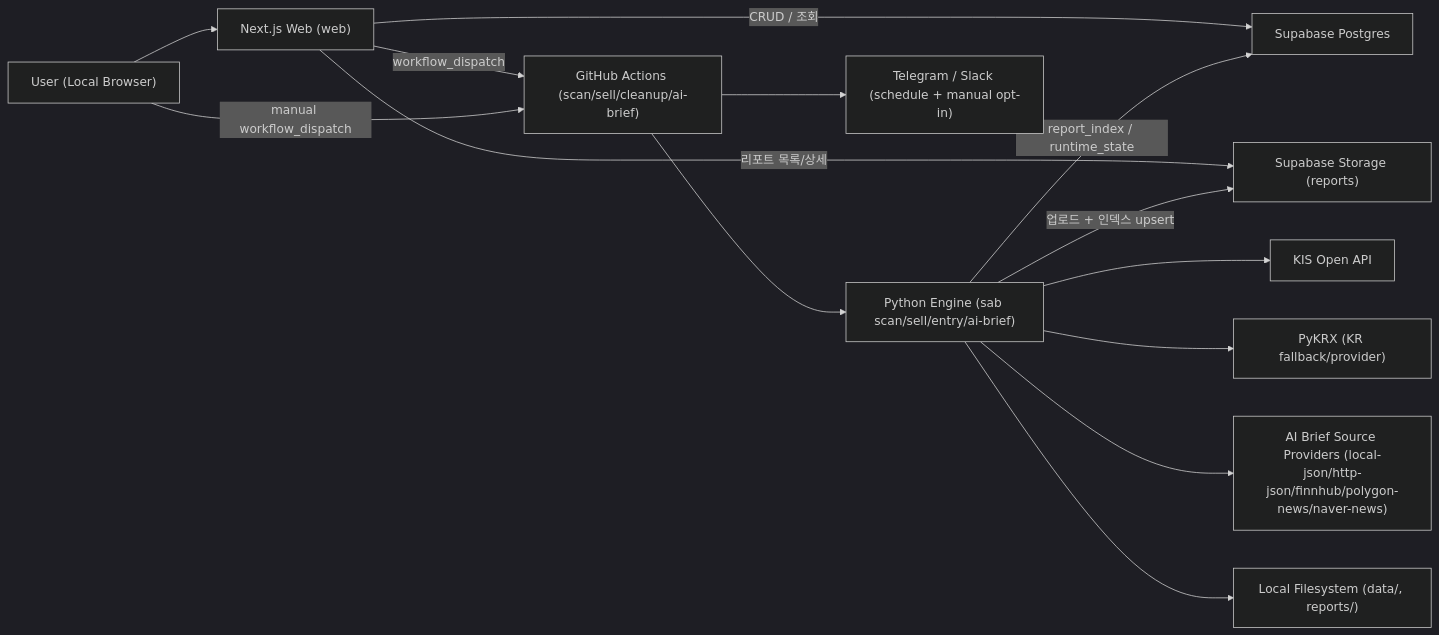
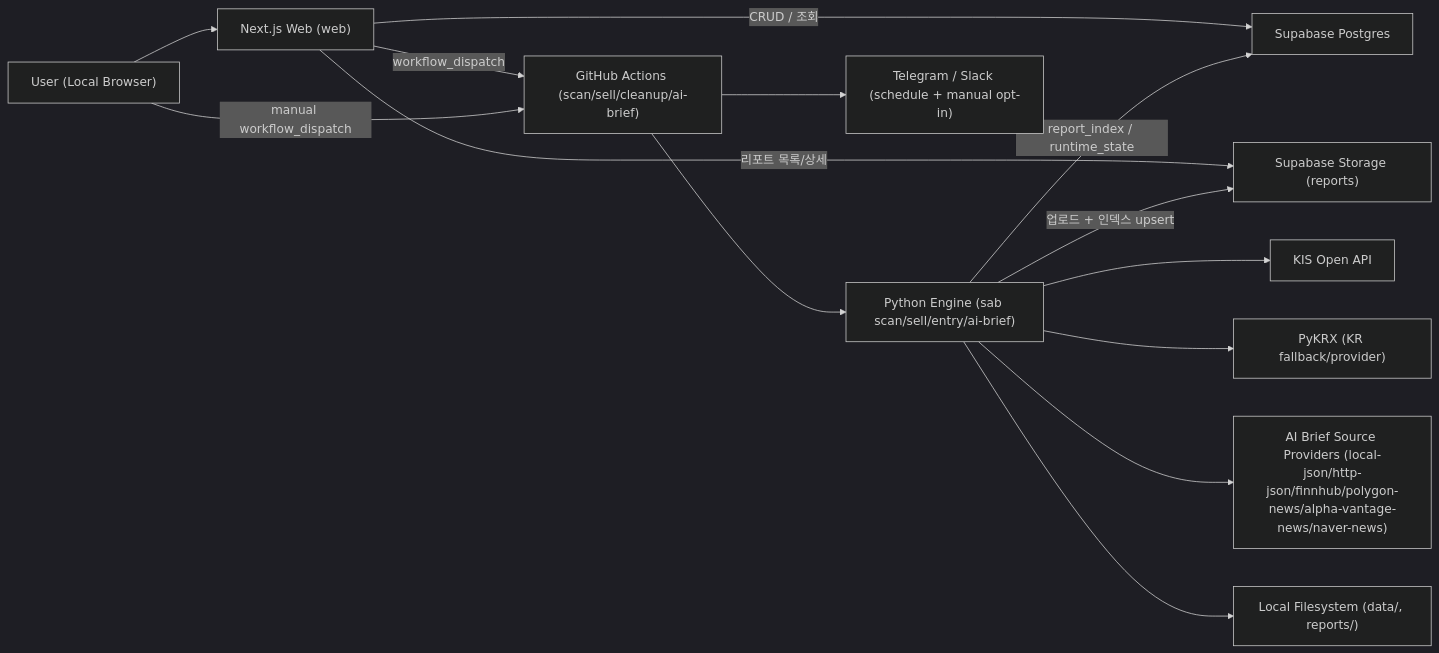
One commit to mochafreddo/swing-trading-report changed the diagram in docs/ARCHITECTURE.md. Above: the diagram before and after it, drawn with Mermaid (dark theme). The commit also changed other lines of this file and 14 other files, not shown here.

First line of the commit message:
feat(ai-brief): Alpha Vantage 뉴스 제공자 추가

````diff
--- a/docs/ARCHITECTURE.md
+++ b/docs/ARCHITECTURE.md
@@ -35,18 +35,18 @@
 ```mermaid
 flowchart LR
   U["User (Local Browser)"] --> W["Next.js Web (web)"]
   W -->|CRUD / 조회| SDB["Supabase Postgres"]
   W -->|리포트 목록/상세| SST["Supabase Storage (reports)"]
   W -->|workflow_dispatch| GHA["GitHub Actions (scan/sell/cleanup/ai-brief)"]
   U -->|manual workflow_dispatch| GHA
 
   GHA --> P["Python Engine (sab scan/sell/entry/ai-brief)"]
   P --> KIS["KIS Open API"]
   P --> PY["PyKRX (KR fallback/provider)"]
-  P --> SRC["AI Brief Source Providers (local-json/http-json/finnhub/polygon-news/naver-news)"]
+  P --> SRC["AI Brief Source Providers (local-json/http-json/finnhub/polygon-news/alpha-vantage-news/naver-news)"]
   P --> LF["Local Filesystem (data/, reports/)"]
   P -->|업로드 + 인덱스 upsert| SST
   P -->|report_index / runtime_state| SDB
 
   GHA --> TG["Telegram / Slack (schedule + manual opt-in)"]
 ```
````
